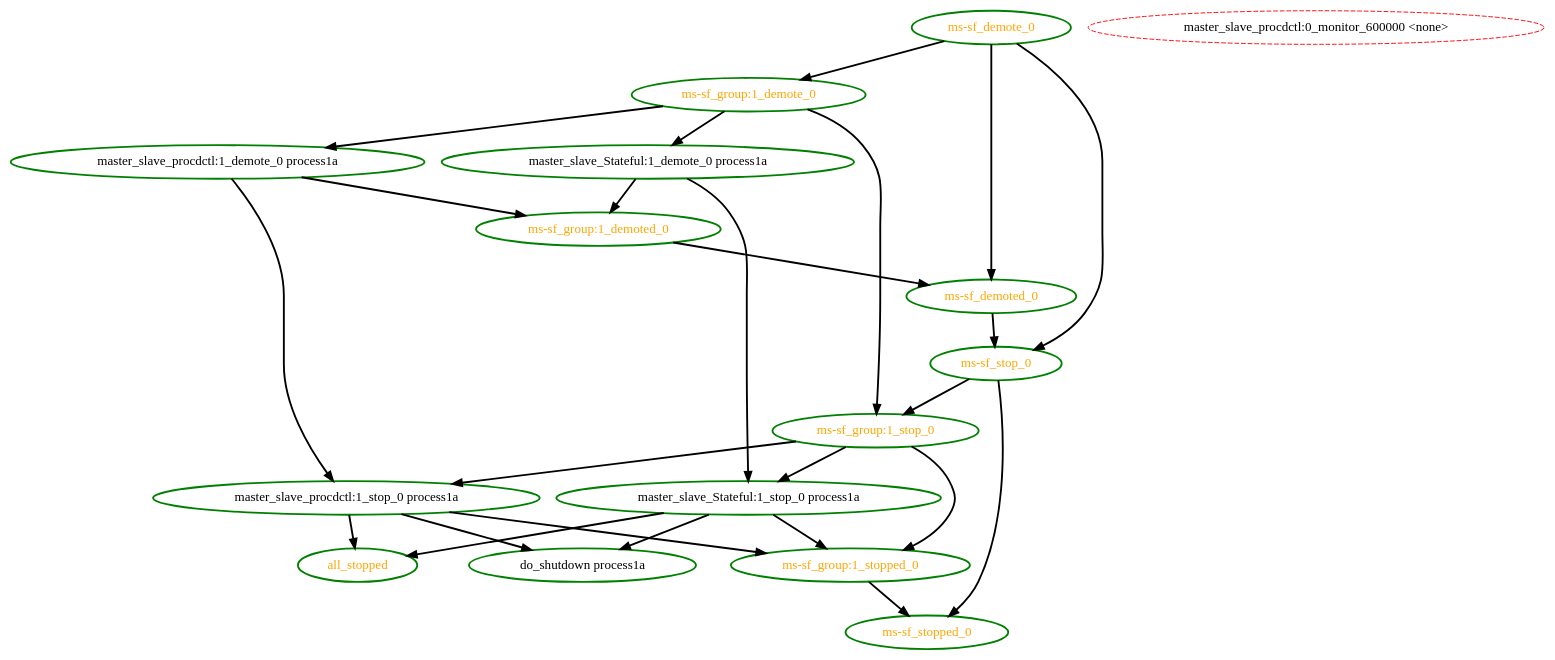
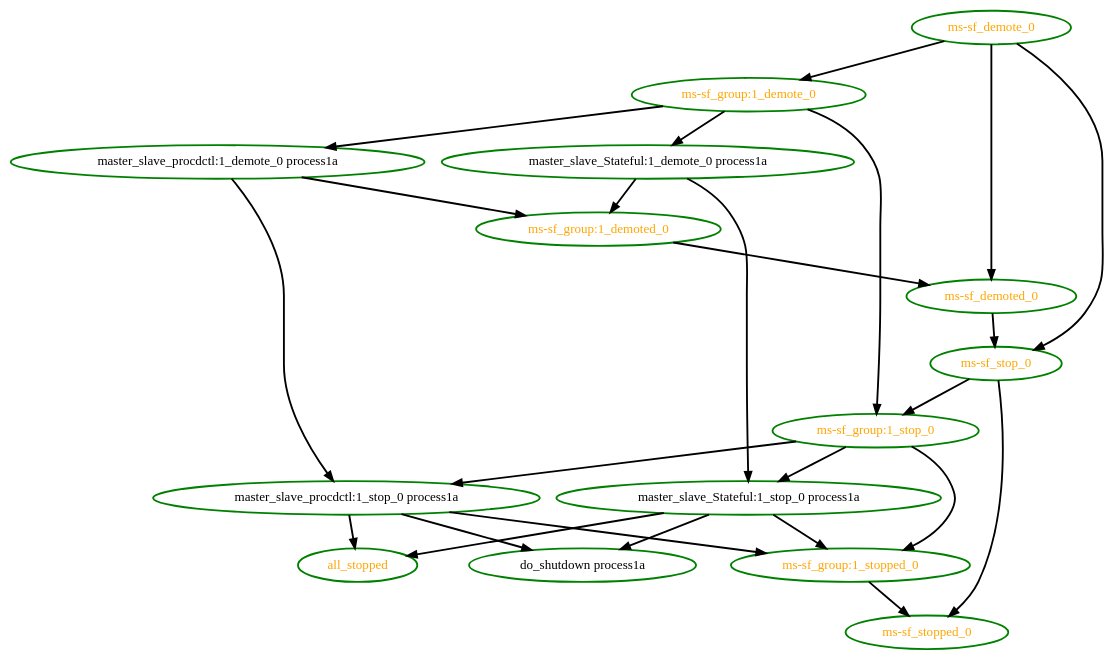
The diagram in pengine/test10/bug-1822.dot (linux-ha-japan/pm_diskd), drawn with Graphviz before and after one commit. The commit also changed 9 other files, not shown here.

```diff
--- a/pengine/test10/bug-1822.dot
+++ b/pengine/test10/bug-1822.dot
@@ -1,41 +1,40 @@
 digraph "g" {
 "all_stopped" [ style=bold color="green" fontcolor="orange"  ]
 "do_shutdown process1a" [ style=bold color="green" fontcolor="black"  ]
 "master_slave_Stateful:1_demote_0 process1a" -> "master_slave_Stateful:1_stop_0 process1a" [ style = bold]
 "master_slave_Stateful:1_demote_0 process1a" -> "ms-sf_group:1_demoted_0" [ style = bold]
 "master_slave_Stateful:1_demote_0 process1a" [ style=bold color="green" fontcolor="black"  ]
 "master_slave_Stateful:1_stop_0 process1a" -> "all_stopped" [ style = bold]
 "master_slave_Stateful:1_stop_0 process1a" -> "do_shutdown process1a" [ style = bold]
 "master_slave_Stateful:1_stop_0 process1a" -> "ms-sf_group:1_stopped_0" [ style = bold]
 "master_slave_Stateful:1_stop_0 process1a" [ style=bold color="green" fontcolor="black"  ]
-"master_slave_procdctl:0_monitor_600000 <none>" [ style=dashed color="red" fontcolor="black"  ]
 "master_slave_procdctl:1_demote_0 process1a" -> "master_slave_procdctl:1_stop_0 process1a" [ style = bold]
 "master_slave_procdctl:1_demote_0 process1a" -> "ms-sf_group:1_demoted_0" [ style = bold]
 "master_slave_procdctl:1_demote_0 process1a" [ style=bold color="green" fontcolor="black"  ]
 "master_slave_procdctl:1_stop_0 process1a" -> "all_stopped" [ style = bold]
 "master_slave_procdctl:1_stop_0 process1a" -> "do_shutdown process1a" [ style = bold]
 "master_slave_procdctl:1_stop_0 process1a" -> "ms-sf_group:1_stopped_0" [ style = bold]
 "master_slave_procdctl:1_stop_0 process1a" [ style=bold color="green" fontcolor="black"  ]
 "ms-sf_demote_0" -> "ms-sf_demoted_0" [ style = bold]
 "ms-sf_demote_0" -> "ms-sf_group:1_demote_0" [ style = bold]
 "ms-sf_demote_0" -> "ms-sf_stop_0" [ style = bold]
 "ms-sf_demote_0" [ style=bold color="green" fontcolor="orange"  ]
 "ms-sf_demoted_0" -> "ms-sf_stop_0" [ style = bold]
 "ms-sf_demoted_0" [ style=bold color="green" fontcolor="orange"  ]
 "ms-sf_group:1_demote_0" -> "master_slave_Stateful:1_demote_0 process1a" [ style = bold]
 "ms-sf_group:1_demote_0" -> "master_slave_procdctl:1_demote_0 process1a" [ style = bold]
 "ms-sf_group:1_demote_0" -> "ms-sf_group:1_stop_0" [ style = bold]
 "ms-sf_group:1_demote_0" [ style=bold color="green" fontcolor="orange"  ]
 "ms-sf_group:1_demoted_0" -> "ms-sf_demoted_0" [ style = bold]
 "ms-sf_group:1_demoted_0" [ style=bold color="green" fontcolor="orange"  ]
 "ms-sf_group:1_stop_0" -> "master_slave_Stateful:1_stop_0 process1a" [ style = bold]
 "ms-sf_group:1_stop_0" -> "master_slave_procdctl:1_stop_0 process1a" [ style = bold]
 "ms-sf_group:1_stop_0" -> "ms-sf_group:1_stopped_0" [ style = bold]
 "ms-sf_group:1_stop_0" [ style=bold color="green" fontcolor="orange"  ]
 "ms-sf_group:1_stopped_0" -> "ms-sf_stopped_0" [ style = bold]
 "ms-sf_group:1_stopped_0" [ style=bold color="green" fontcolor="orange"  ]
 "ms-sf_stop_0" -> "ms-sf_group:1_stop_0" [ style = bold]
 "ms-sf_stop_0" -> "ms-sf_stopped_0" [ style = bold]
 "ms-sf_stop_0" [ style=bold color="green" fontcolor="orange"  ]
 "ms-sf_stopped_0" [ style=bold color="green" fontcolor="orange"  ]
 }
```
